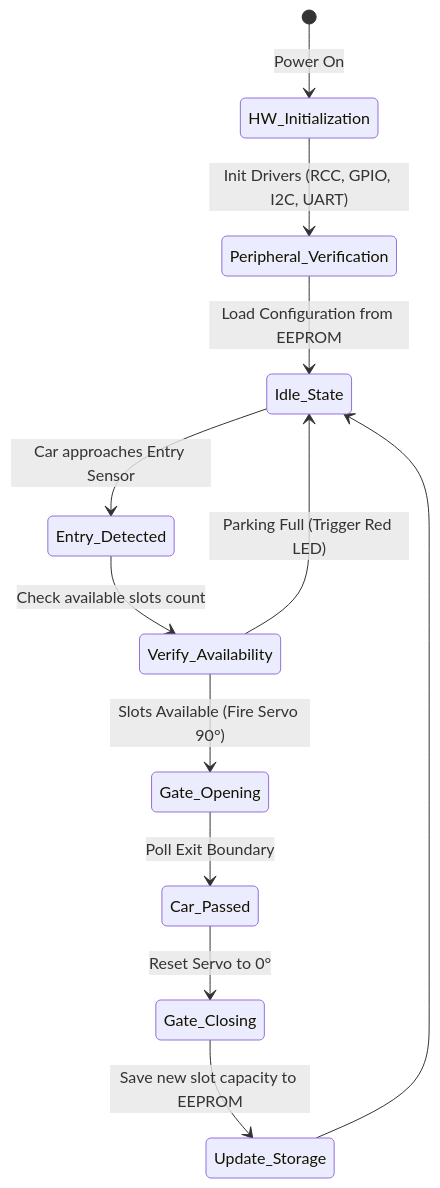
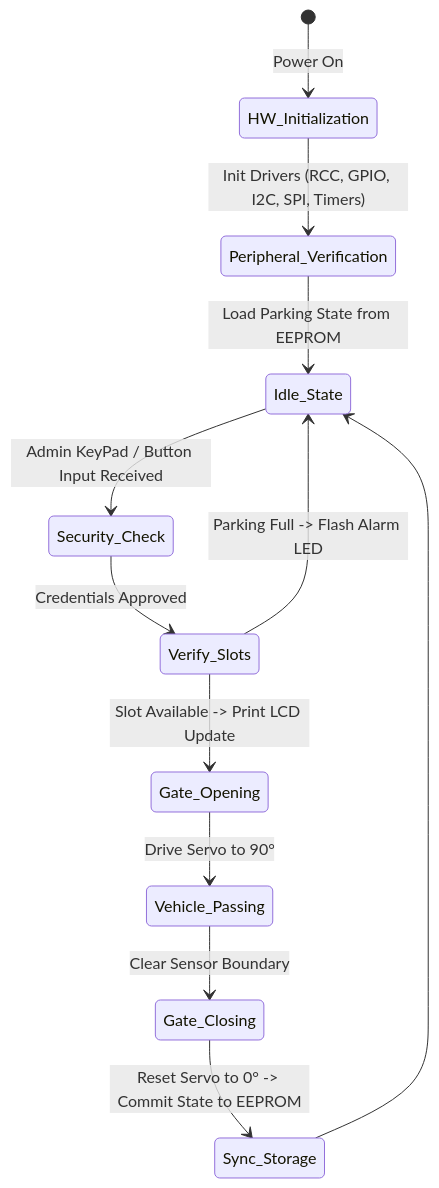
The second of 2 diagrams in README.md (Mahmoud976/STM32-Smart-Car-Parking-System), drawn with Mermaid before and after one commit. The commit also changed other lines of this file, not shown here.

````diff
--- a/README.md
+++ b/README.md
@@ -92,17 +119,17 @@
 ```mermaid
 stateDiagram-v2
     [*] --> HW_Initialization : Power On
-    HW_Initialization --> Peripheral_Verification : Init Drivers (RCC, GPIO, I2C, UART)
-    Peripheral_Verification --> Idle_State : Load Configuration from EEPROM
+    HW_Initialization --> Peripheral_Verification : Init Drivers (RCC, GPIO, I2C, SPI, Timers)
+    Peripheral_Verification --> Idle_State : Load Parking State from EEPROM
     
-    Idle_State --> Entry_Detected : Car approaches Entry Sensor
-    Entry_Detected --> Verify_Availability : Check available slots count
+    Idle_State --> Security_Check : Admin KeyPad / Button Input Received
+    Security_Check --> Verify_Slots : Credentials Approved
     
-    Verify_Availability --> Gate_Opening : Slots Available (Fire Servo 90°)
-    Verify_Availability --> Idle_State : Parking Full (Trigger Red LED)
+    Verify_Slots --> Gate_Opening : Slot Available -> Print LCD Update
+    Verify_Slots --> Idle_State : Parking Full -> Flash Alarm LED
     
-    Gate_Opening --> Car_Passed : Poll Exit Boundary
-    Car_Passed --> Gate_Closing : Reset Servo to 0°
-    Gate_Closing --> Update_Storage : Save new slot capacity to EEPROM
-    Update_Storage --> Idle_State
+    Gate_Opening --> Vehicle_Passing : Drive Servo to 90°
+    Vehicle_Passing --> Gate_Closing : Clear Sensor Boundary
+    Gate_Closing --> Sync_Storage : Reset Servo to 0° -> Commit State to EEPROM
+    Sync_Storage --> Idle_State
 ```
````
